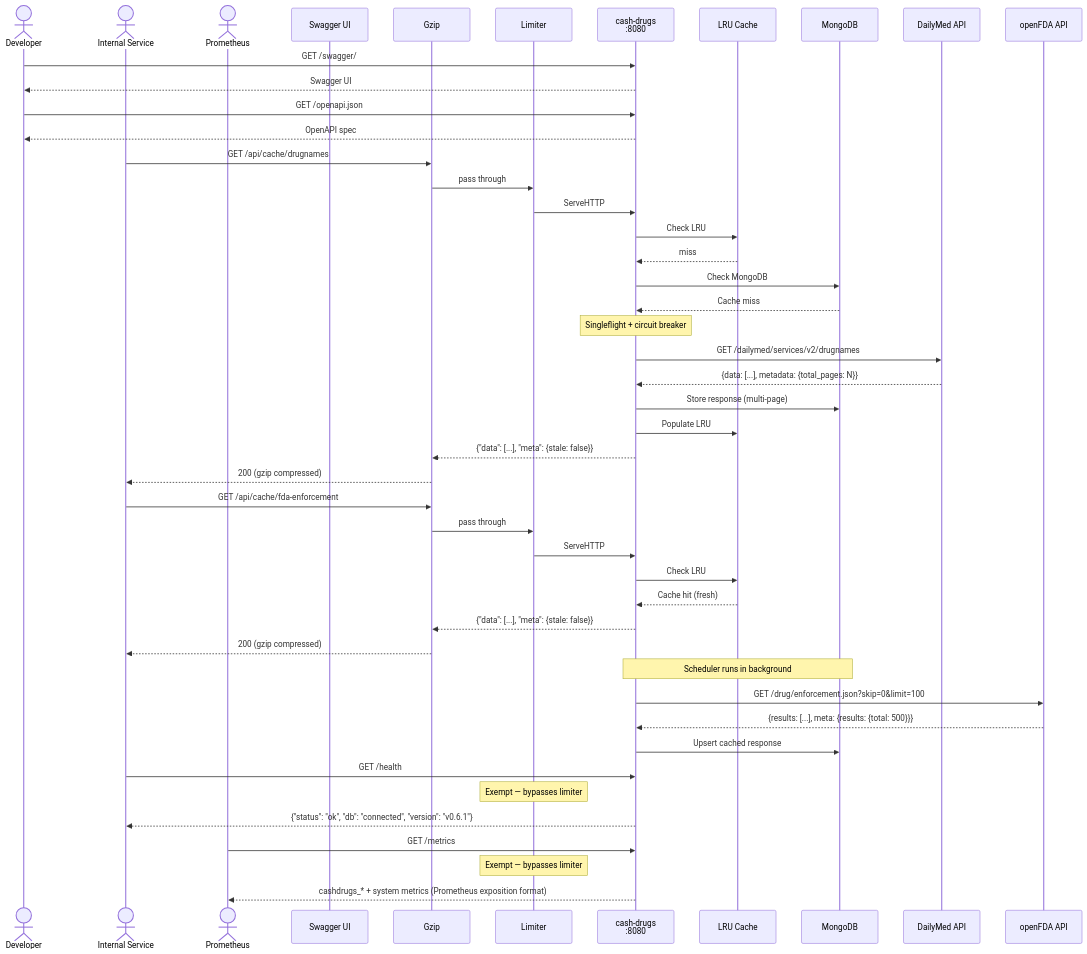
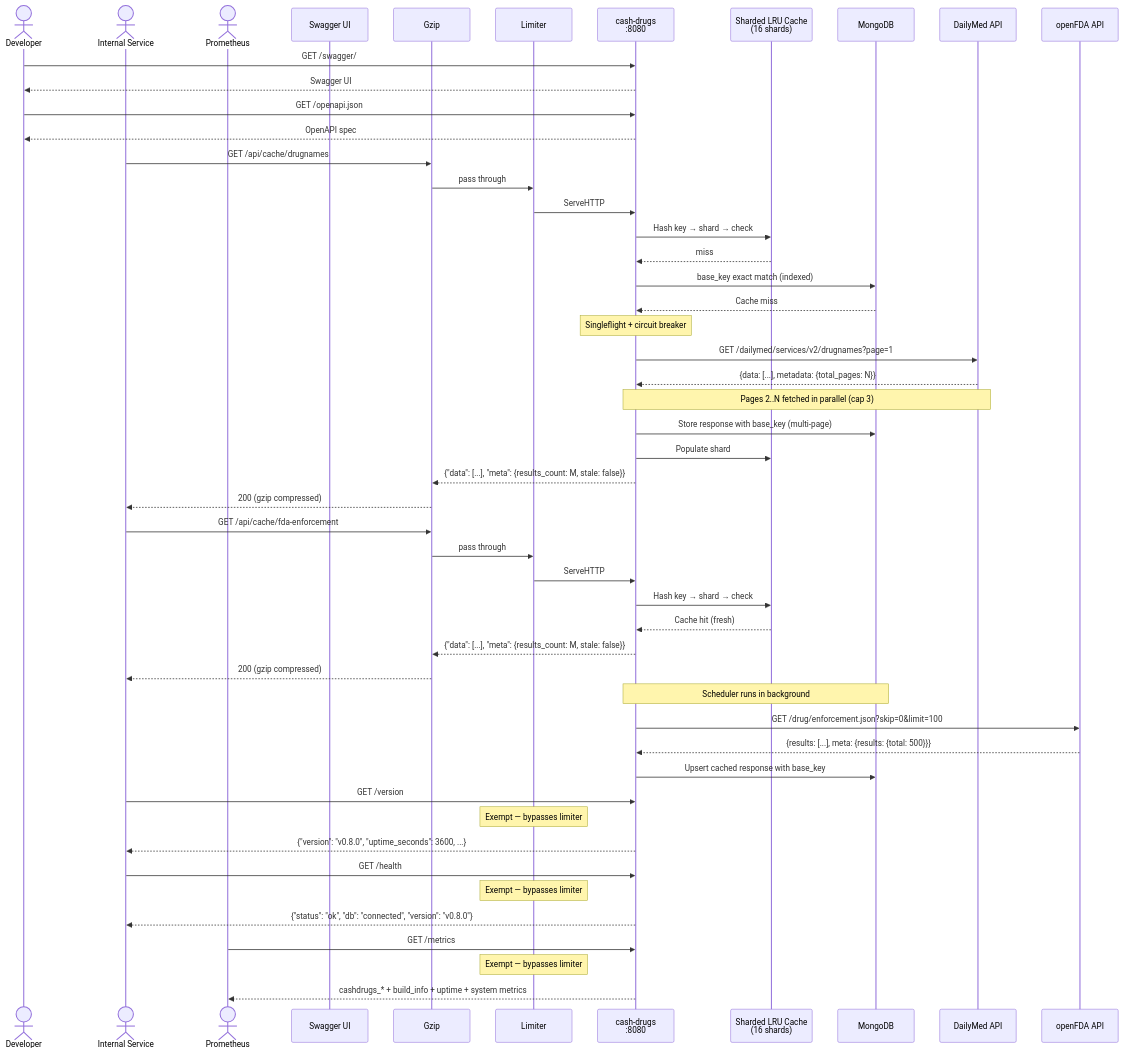
Before and after one commit to finish06/cash-drugs: diagram 15 of 15 in docs/sequence-diagram.md, drawn with Mermaid. The commit also changed other lines of this file and 6 other files, not shown here.

First line of the commit message:
docs: update all docs for M10 — diagrams, swagger, changelog, PRD

````diff
--- a/docs/sequence-diagram.md
+++ b/docs/sequence-diagram.md
@@ -429,55 +523,60 @@
 ```mermaid
 sequenceDiagram
     actor Dev as Developer
     actor Svc as Internal Service
     actor Prom as Prometheus
     participant SW as Swagger UI
     participant GZ as Gzip
     participant LIM as Limiter
     participant CD as cash-drugs<br/>:8080
-    participant LRU as LRU Cache
+    participant LRU as Sharded LRU Cache<br/>(16 shards)
     participant DB as MongoDB
     participant API1 as DailyMed API
     participant API2 as openFDA API
 
     Dev->>CD: GET /swagger/
     CD-->>Dev: Swagger UI
     Dev->>CD: GET /openapi.json
     CD-->>Dev: OpenAPI spec
 
     Svc->>GZ: GET /api/cache/drugnames
     GZ->>LIM: pass through
     LIM->>CD: ServeHTTP
-    CD->>LRU: Check LRU
+    CD->>LRU: Hash key → shard → check
     LRU-->>CD: miss
-    CD->>DB: Check MongoDB
+    CD->>DB: base_key exact match (indexed)
     DB-->>CD: Cache miss
     Note over CD: Singleflight + circuit breaker
-    CD->>API1: GET /dailymed/services/v2/drugnames
+    CD->>API1: GET /dailymed/services/v2/drugnames?page=1
     API1-->>CD: {data: [...], metadata: {total_pages: N}}
-    CD->>DB: Store response (multi-page)
-    CD->>LRU: Populate LRU
-    CD-->>GZ: {"data": [...], "meta": {stale: false}}
+    Note over CD,API1: Pages 2..N fetched in parallel (cap 3)
+    CD->>DB: Store response with base_key (multi-page)
+    CD->>LRU: Populate shard
+    CD-->>GZ: {"data": [...], "meta": {results_count: M, stale: false}}
     GZ-->>Svc: 200 (gzip compressed)
 
     Svc->>GZ: GET /api/cache/fda-enforcement
     GZ->>LIM: pass through
     LIM->>CD: ServeHTTP
-    CD->>LRU: Check LRU
+    CD->>LRU: Hash key → shard → check
     LRU-->>CD: Cache hit (fresh)
-    CD-->>GZ: {"data": [...], "meta": {stale: false}}
+    CD-->>GZ: {"data": [...], "meta": {results_count: M, stale: false}}
     GZ-->>Svc: 200 (gzip compressed)
 
     Note over CD,DB: Scheduler runs in background
     CD->>API2: GET /drug/enforcement.json?skip=0&limit=100
     API2-->>CD: {results: [...], meta: {results: {total: 500}}}
-    CD->>DB: Upsert cached response
+    CD->>DB: Upsert cached response with base_key
+
+    Svc->>CD: GET /version
+    Note over LIM: Exempt — bypasses limiter
+    CD-->>Svc: {"version": "v0.8.0", "uptime_seconds": 3600, ...}
 
     Svc->>CD: GET /health
     Note over LIM: Exempt — bypasses limiter
-    CD-->>Svc: {"status": "ok", "db": "connected", "version": "v0.6.1"}
+    CD-->>Svc: {"status": "ok", "db": "connected", "version": "v0.8.0"}
 
     Prom->>CD: GET /metrics
     Note over LIM: Exempt — bypasses limiter
-    CD-->>Prom: cashdrugs_* + system metrics (Prometheus exposition format)
+    CD-->>Prom: cashdrugs_* + build_info + uptime + system metrics
 ```
````
